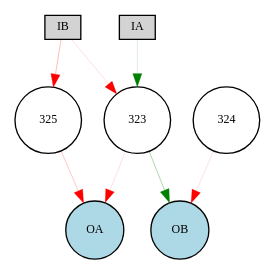
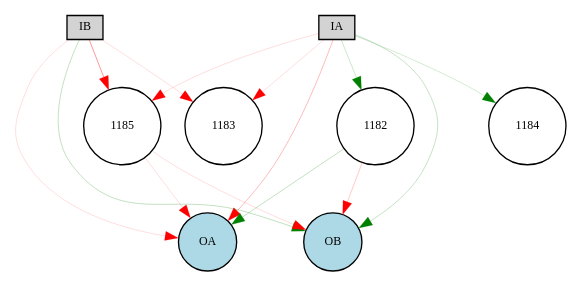
Before and after one commit to danxan/neuromorphic-evolution: the diagram in source/discrete_experiment/Digraph.gv, drawn with Graphviz. The commit also changed 6 other files, not shown here.

```diff
--- a/source/discrete_experiment/Digraph.gv
+++ b/source/discrete_experiment/Digraph.gv
@@ -1,17 +1,23 @@
 digraph {
 	node [fontsize=9 height=0.2 shape=circle width=0.2]
 	IA [fillcolor=lightgray shape=box style=filled]
 	IB [fillcolor=lightgray shape=box style=filled]
 	OA [fillcolor=lightblue style=filled]
 	OB [fillcolor=lightblue style=filled]
-	323 [fillcolor=white style=filled]
-	324 [fillcolor=white style=filled]
-	325 [fillcolor=white style=filled]
-	IA -> 323 [color=green penwidth=0.10696727098009429 style=solid]
-	IB -> 323 [color=red penwidth=0.1 style=solid]
-	IB -> 325 [color=red penwidth=0.19752530692346462 style=solid]
-	323 -> OA [color=red penwidth=0.1 style=solid]
-	323 -> OB [color=green penwidth=0.23709912591567464 style=solid]
-	324 -> OB [color=red penwidth=0.1 style=solid]
-	325 -> OA [color=red penwidth=0.16527630110786878 style=solid]
+	1185 [fillcolor=white style=filled]
+	1182 [fillcolor=white style=filled]
+	IA -> 1182 [color=green penwidth=0.1522257925672713 style=solid]
+	IA -> 1183 [color=red penwidth=0.1 style=solid]
+	IA -> 1184 [color=green penwidth=0.13113262098664114 style=solid]
+	IA -> 1185 [color=red penwidth=0.1 style=solid]
+	IB -> 1183 [color=red penwidth=0.1 style=solid]
+	IB -> 1185 [color=red penwidth=0.3104735807248351 style=solid]
+	1182 -> OA [color=green penwidth=0.18437944606170448 style=solid]
+	1182 -> OB [color=red penwidth=0.15773853038905555 style=solid]
+	1185 -> OA [color=red penwidth=0.1 style=solid]
+	1185 -> OB [color=red penwidth=0.1 style=solid]
+	IA -> OA [color=red penwidth=0.20103598474796758 style=solid]
+	IA -> OB [color=green penwidth=0.17280686325564787 style=solid]
+	IB -> OA [color=red penwidth=0.10419465040549908 style=solid]
+	IB -> OB [color=green penwidth=0.18093256765784574 style=solid]
 }
```
